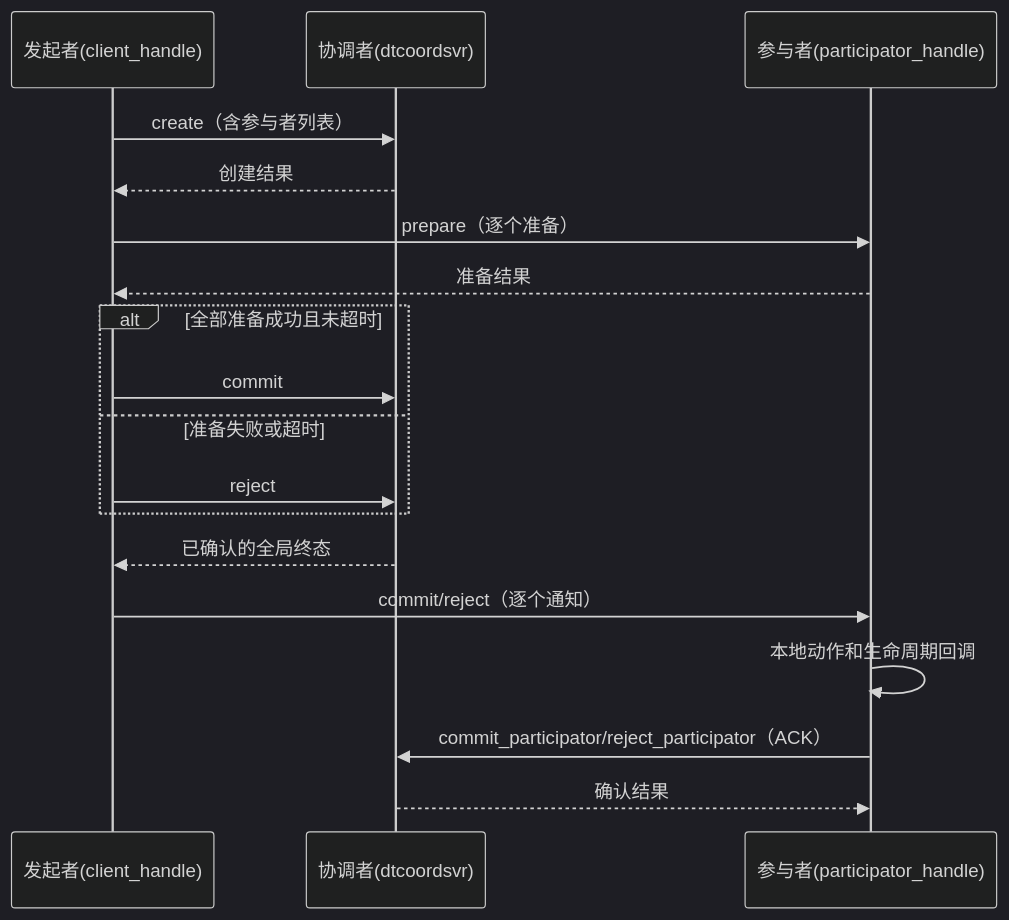
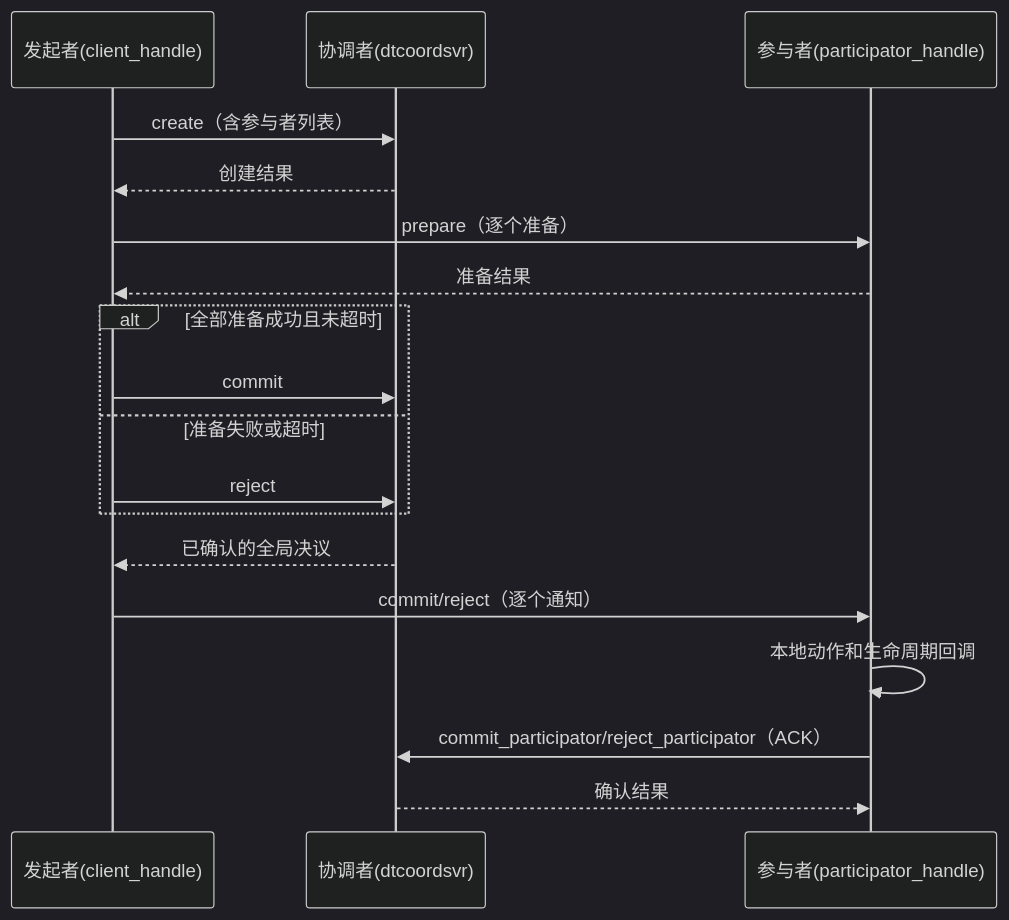
One commit to atframework/atsf4g-co changed the diagram in doc/docs/components/distributed-transaction.md. Above: the diagram before and after it, drawn with Mermaid (dark theme). The commit also changed other lines of this file and 20 other files, not shown here.

````diff
--- a/doc/docs/components/distributed-transaction.md
+++ b/doc/docs/components/distributed-transaction.md
@@ -39,20 +39,20 @@
 ```mermaid
 sequenceDiagram
     participant C as 发起者(client_handle)
     participant D as 协调者(dtcoordsvr)
     participant P as 参与者(participator_handle)
     C->>D: create（含参与者列表）
     D-->>C: 创建结果
     C->>P: prepare（逐个准备）
     P-->>C: 准备结果
     alt 全部准备成功且未超时
         C->>D: commit
     else 准备失败或超时
         C->>D: reject
     end
-    D-->>C: 已确认的全局终态
+    D-->>C: 已确认的全局决议
     C->>P: commit/reject（逐个通知）
     P->>P: 本地动作和生命周期回调
     P->>D: commit_participator/reject_participator（ACK）
     D-->>P: 确认结果
 ```
````
